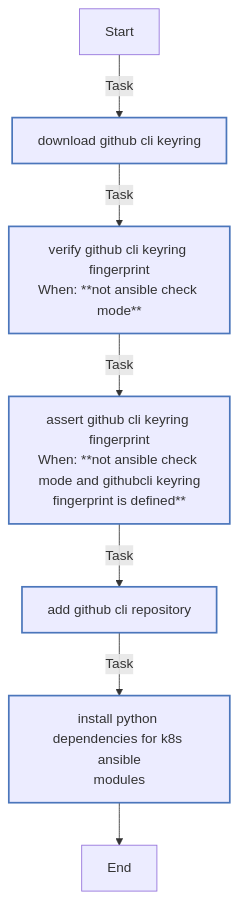
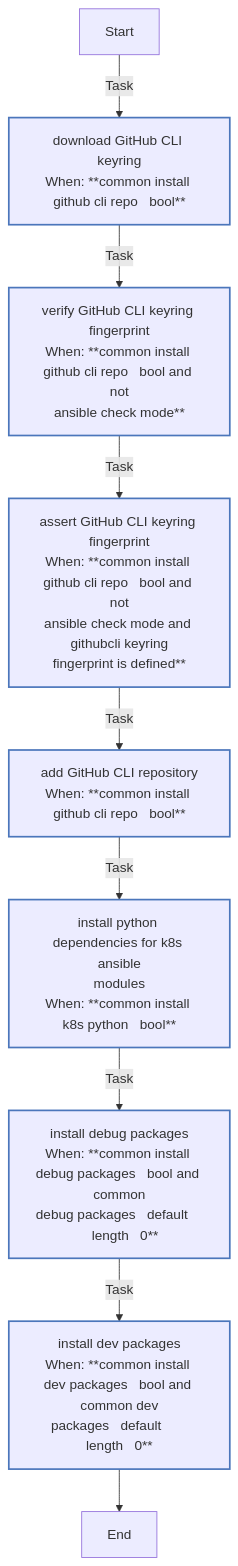
Before and after one commit to rou-cru/k3s-homelab: the second of 9 diagrams in roles/common/README.md, drawn with Mermaid. The commit also changed other lines of this file and 57 other files, not shown here.

````diff
--- a/roles/common/README.md
+++ b/roles/common/README.md
@@ -498,19 +550,21 @@
 ```mermaid
 flowchart TD
 Start
 classDef block stroke:#3498db,stroke-width:2px;
 classDef task stroke:#4b76bb,stroke-width:2px;
 classDef includeTasks stroke:#16a085,stroke-width:2px;
 classDef importTasks stroke:#34495e,stroke-width:2px;
 classDef includeRole stroke:#2980b9,stroke-width:2px;
 classDef importRole stroke:#699ba7,stroke-width:2px;
 classDef includeVars stroke:#8e44ad,stroke-width:2px;
 classDef rescue stroke:#665352,stroke-width:2px;
 
-  Start-->|Task| Download_GitHub_CLI_keyring0[download github cli keyring]:::task
-  Download_GitHub_CLI_keyring0-->|Task| Verify_GitHub_CLI_keyring_fingerprint1[verify github cli keyring fingerprint<br>When: **not ansible check mode**]:::task
-  Verify_GitHub_CLI_keyring_fingerprint1-->|Task| Assert_GitHub_CLI_keyring_fingerprint2[assert github cli keyring fingerprint<br>When: **not ansible check mode and githubcli keyring<br>fingerprint is defined**]:::task
-  Assert_GitHub_CLI_keyring_fingerprint2-->|Task| Add_GitHub_CLI_repository3[add github cli repository]:::task
-  Add_GitHub_CLI_repository3-->|Task| Install_Python_dependencies_for_K8s_Ansible_modules4[install python dependencies for k8s ansible<br>modules]:::task
-  Install_Python_dependencies_for_K8s_Ansible_modules4-->End
+  Start-->|Task| Download_GitHub_CLI_keyring0[download GitHub CLI keyring<br>When: **common install github cli repo   bool**]:::task
+  Download_GitHub_CLI_keyring0-->|Task| Verify_GitHub_CLI_keyring_fingerprint1[verify GitHub CLI keyring fingerprint<br>When: **common install github cli repo   bool and not<br>ansible check mode**]:::task
+  Verify_GitHub_CLI_keyring_fingerprint1-->|Task| Assert_GitHub_CLI_keyring_fingerprint2[assert GitHub CLI keyring fingerprint<br>When: **common install github cli repo   bool and not<br>ansible check mode and githubcli keyring<br>fingerprint is defined**]:::task
+  Assert_GitHub_CLI_keyring_fingerprint2-->|Task| Add_GitHub_CLI_repository3[add GitHub CLI repository<br>When: **common install github cli repo   bool**]:::task
+  Add_GitHub_CLI_repository3-->|Task| Install_Python_dependencies_for_K8s_Ansible_modules4[install python dependencies for k8s ansible<br>modules<br>When: **common install k8s python   bool**]:::task
+  Install_Python_dependencies_for_K8s_Ansible_modules4-->|Task| Install_debug_packages5[install debug packages<br>When: **common install debug packages   bool and common<br>debug packages   default       length   0**]:::task
+  Install_debug_packages5-->|Task| Install_dev_packages6[install dev packages<br>When: **common install dev packages   bool and common dev<br>packages   default       length   0**]:::task
+  Install_dev_packages6-->End
 ```
````
